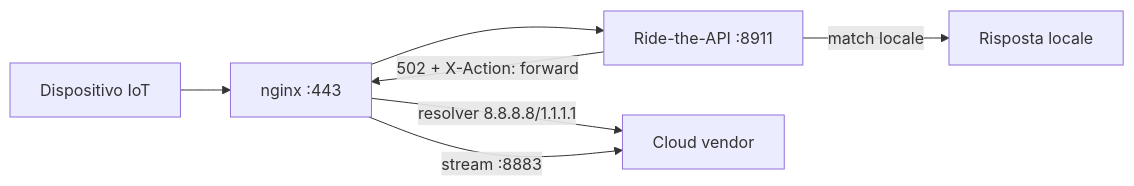
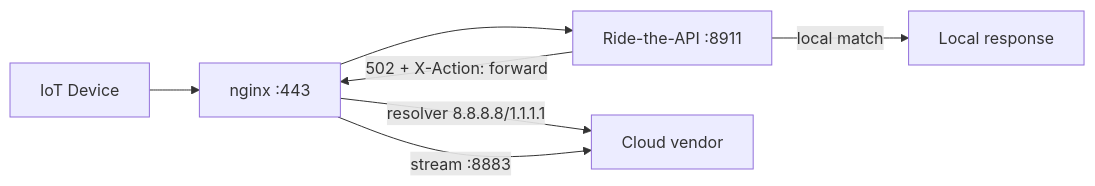
One commit to thcuba/Ride-the-api changed the diagram in docs/deployment.md. Above: the diagram before and after it, drawn with Mermaid. The commit also changed other lines of this file and 8 other files, not shown here.

````diff
--- a/docs/deployment.md
+++ b/docs/deployment.md
@@ -236,9 +236,9 @@
 ```mermaid
 graph LR
-    A[Dispositivo IoT] --> B[nginx :443]
+    A[IoT Device] --> B[nginx :443]
     B --> C[Ride-the-API :8911]
-    C -->|match locale| D[Risposta locale]
+    C -->|local match| D[Local response]
     C -->|502 + X-Action: forward| B
     B -->|resolver 8.8.8.8/1.1.1.1| E[Cloud vendor]
     B -->|stream :8883| E
 ```
````
